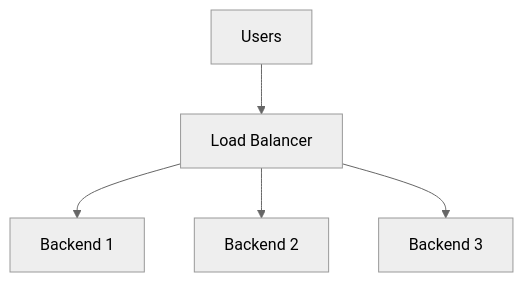
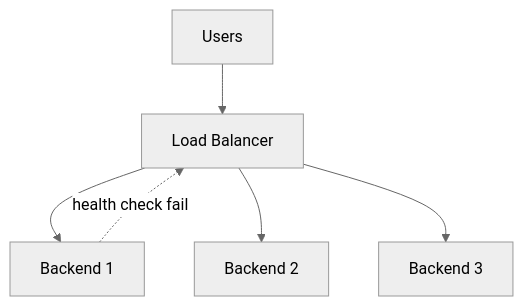
Diagram 21 of 23 in 01-networking/README.md (hareramcse/SystemDesign), drawn with Mermaid (neutral theme) before and after one commit. The commit also changed other lines of this file and 8 other files, not shown here.

````diff
--- a/01-networking/README.md
+++ b/01-networking/README.md
@@ -1143,7 +1150,8 @@
 ```mermaid
 flowchart TB
     Users --> LB[Load Balancer]
     LB --> B1[Backend 1]
     LB --> B2[Backend 2]
     LB --> B3[Backend 3]
+    B1 -.->|health check fail| LB
 ```
````
